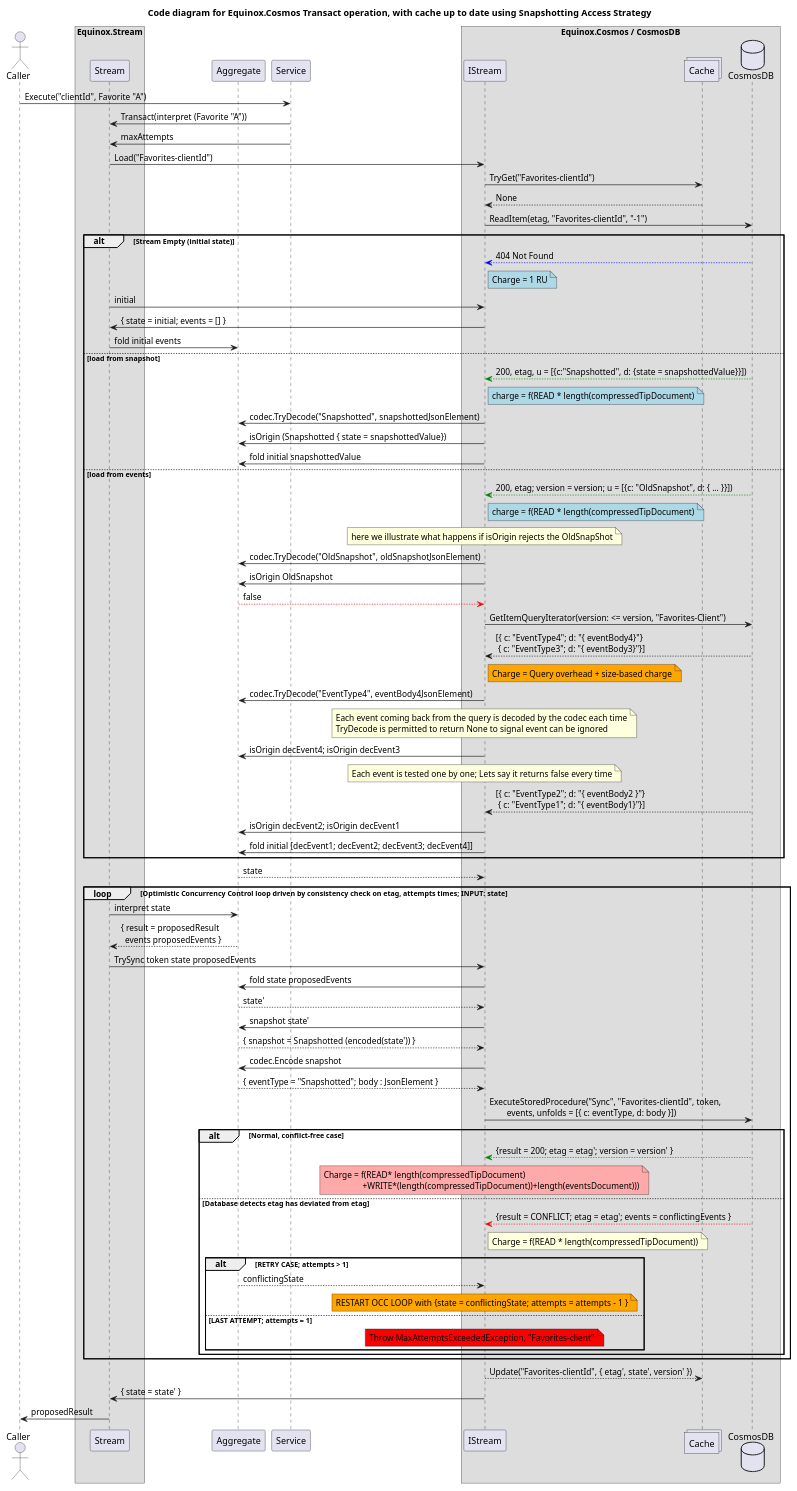
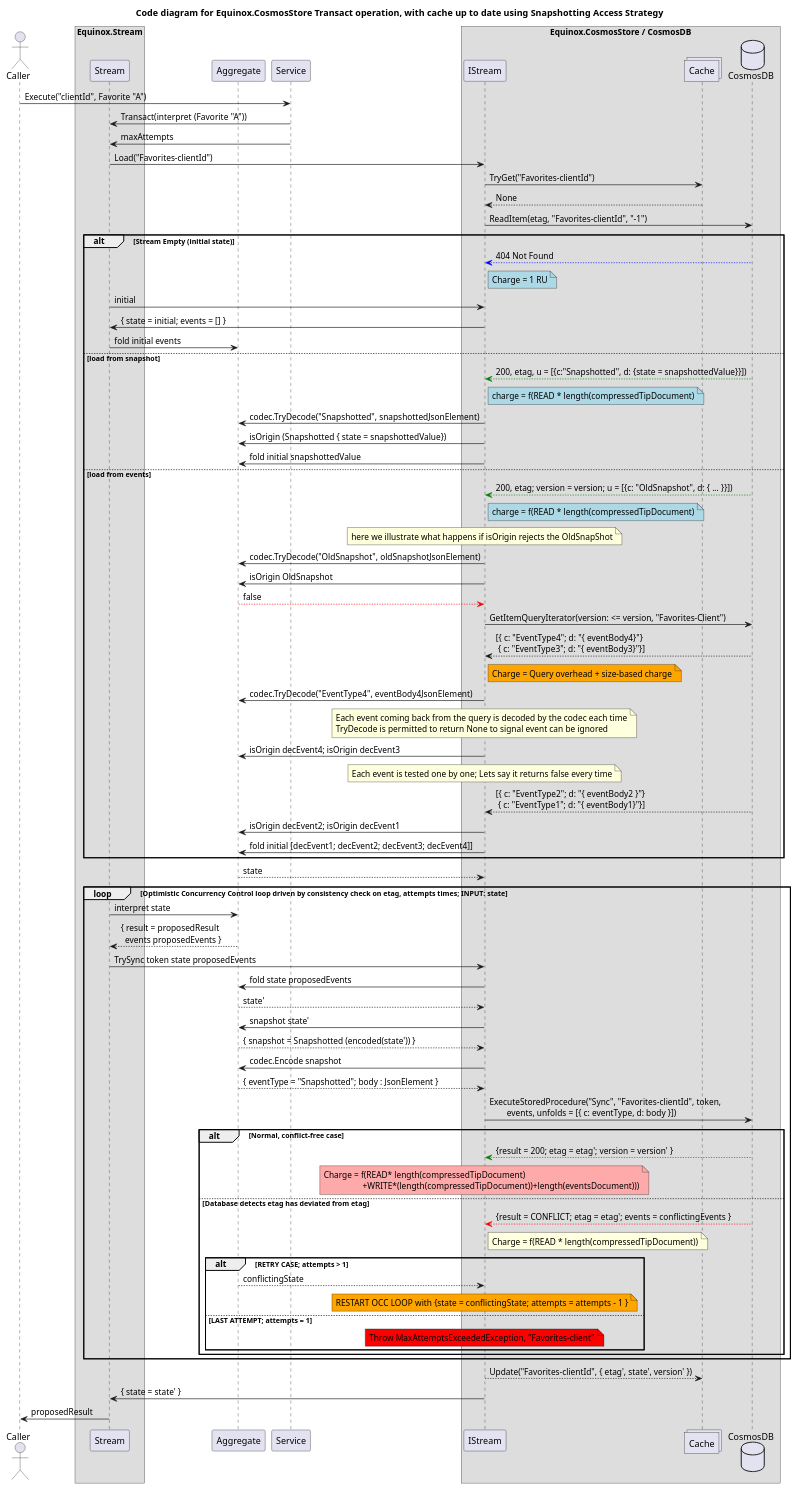
One commit to jet/equinox changed the second of 4 diagrams in diagrams/CosmosCode.puml. Above: the diagram before and after it, drawn with PlantUML. The commit also changed other lines of this file and 39 other files, not shown here.

Commit message:
Renamespace Equinox.Cosmos -> CosmosStore

```diff
--- a/diagrams/CosmosCode.puml
+++ b/diagrams/CosmosCode.puml
@@ -32,84 +32,84 @@
 @startuml
-title Code diagram for Equinox.Cosmos Transact operation, with cache up to date using Snapshotting Access Strategy
+title Code diagram for Equinox.CosmosStore Transact operation, with cache up to date using Snapshotting Access Strategy
 
 actor Caller order 20
 box "Equinox.Stream"
     participant Stream order 40
 end box
 participant Aggregate order 50
 participant Service order 60
-box "Equinox.Cosmos / CosmosDB"
+box "Equinox.CosmosStore / CosmosDB"
   participant IStream order 80
   collections Cache order 90
   database CosmosDB order 100
 end box
 
 Caller -> Service: Execute("clientId", Favorite "A")
 Service -> Stream: Transact(interpret (Favorite "A"))
 Service -> Stream: maxAttempts
 Stream -> IStream: Load("Favorites-clientId")
 IStream -> Cache: TryGet("Favorites-clientId")
 Cache --> IStream: None
 IStream -> CosmosDB: ReadItem(etag, "Favorites-clientId", "-1")
 
 alt Stream Empty (initial state)
 CosmosDB -[#blue]-> IStream: 404 Not Found
 note right IStream #lightblue: Charge = 1 RU
 Stream -> IStream: initial
 IStream -> Stream: { state = initial; events = [] }
 Stream -> Aggregate: fold initial events
 else load from snapshot
 CosmosDB -[#green]-> IStream: 200, etag, u = [{c:"Snapshotted", d: {state = snapshottedValue}}])
 note right IStream #lightblue: charge = f(READ * length(compressedTipDocument)
 IStream -> Aggregate: codec.TryDecode("Snapshotted", snapshottedJsonElement)
 IStream -> Aggregate: isOrigin (Snapshotted { state = snapshottedValue})
 IStream -> Aggregate: fold initial snapshottedValue
 else load from events
 CosmosDB -[#green]-> IStream: 200, etag; version = version; u = [{c: "OldSnapshot", d: { ... }}])
 note right IStream #lightblue: charge = f(READ * length(compressedTipDocument)
 note over IStream: here we illustrate what happens if isOrigin rejects the OldSnapShot
 IStream -> Aggregate: codec.TryDecode("OldSnapshot", oldSnapshotJsonElement)
 IStream -> Aggregate: isOrigin OldSnapshot
 Aggregate --[#red]> IStream: false
 IStream -> CosmosDB: GetItemQueryIterator(version: <= version, "Favorites-Client")
 CosmosDB --> IStream: [{ c: "EventType4"; d: "{ eventBody4}"}\n { c: "EventType3"; d: "{ eventBody3}"}]
 note right IStream #orange: Charge = Query overhead + size-based charge
 IStream -> Aggregate: codec.TryDecode("EventType4", eventBody4JsonElement)
 note over IStream: Each event coming back from the query is decoded by the codec each time\nTryDecode is permitted to return None to signal event can be ignored
 IStream -> Aggregate: isOrigin decEvent4; isOrigin decEvent3
 note over IStream: Each event is tested one by one; Lets say it returns false every time
 CosmosDB --> IStream: [{ c: "EventType2"; d: "{ eventBody2 }"}\n { c: "EventType1"; d: "{ eventBody1}"}]
 IStream -> Aggregate: isOrigin decEvent2; isOrigin decEvent1
 IStream -> Aggregate: fold initial [decEvent1; decEvent2; decEvent3; decEvent4]]
 end // initial stream load cases
 Aggregate --> IStream: state
 
 loop Optimistic Concurrency Control loop driven by consistency check on etag, attempts times; INPUT: state
 Stream -> Aggregate: interpret state
 Aggregate --> Stream: { result = proposedResult\n  events proposedEvents }
 Stream -> IStream: TrySync token state proposedEvents
 IStream -> Aggregate: fold state proposedEvents
 Aggregate --> IStream: state'
 IStream -> Aggregate: snapshot state'
 Aggregate --> IStream: { snapshot = Snapshotted (encoded(state')) }
 IStream -> Aggregate: codec.Encode snapshot
 Aggregate --> IStream: { eventType = "Snapshotted"; body : JsonElement }
 IStream -> CosmosDB: ExecuteStoredProcedure("Sync", "Favorites-clientId", token,\n        events, unfolds = [{ c: eventType, d: body }])
 alt Normal, conflict-free case
 CosmosDB -[#green]-> IStream: {result = 200; etag = etag'; version = version' }
 note over IStream #FFAAAA: Charge = f(READ* length(compressedTipDocument)\n                  +WRITE*(length(compressedTipDocument))+length(eventsDocument)))
 else Database detects etag has deviated from etag 
 CosmosDB -[#red]-> IStream: {result = CONFLICT; etag = etag'; events = conflictingEvents }
 note right IStream: Charge = f(READ * length(compressedTipDocument))
 alt RETRY CASE; attempts > 1
 Aggregate --> IStream: conflictingState
 note over IStream #orange: RESTART OCC LOOP with {state = conflictingState; attempts = attempts - 1 }
 else LAST ATTEMPT; attempts = 1
 note over IStream #red: Throw MaxAttemptsExceededException, "Favorites-client"
 end // alt throw
 end // alt ok or conflict
 end // loop
 IStream --> Cache: Update("Favorites-clientId", { etag', state', version' })
 IStream -> Stream: { state = state' }
 Stream -> Caller: proposedResult
 @enduml
```
